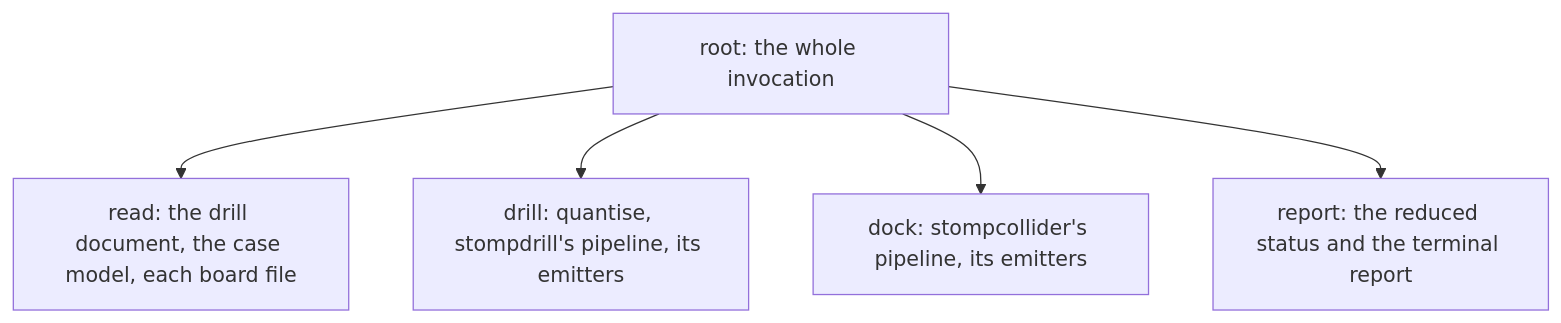
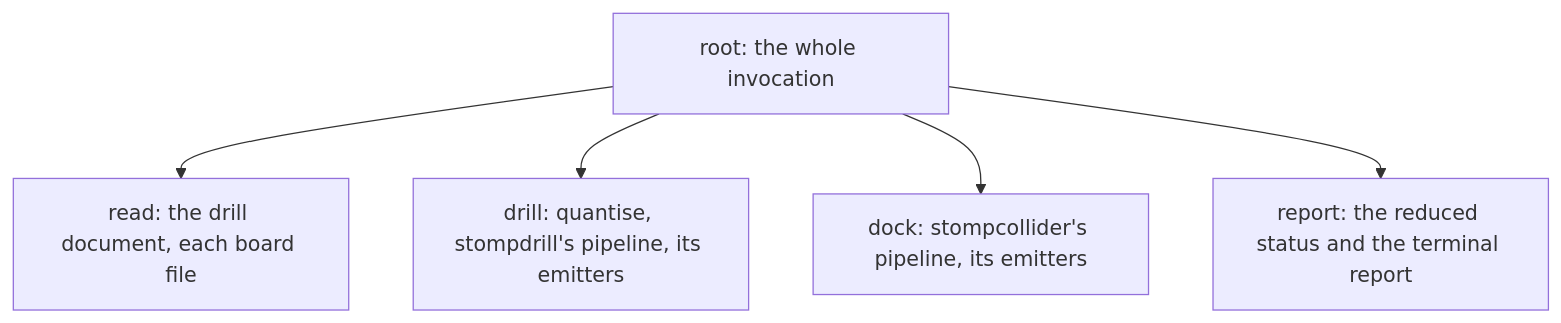
One commit to sheophe/stompcad changed the diagram in docs/adr/0012-progress-protocol-and-optional-kernel-capability.md. Above: the diagram before and after it, drawn with Mermaid. The commit also changed other lines of this file and 2 other files, not shown here.

First line of the commit message:
docs: the part comes from the artwork, and the model from a cache stompcad owns

````diff
--- a/docs/adr/0012-progress-protocol-and-optional-kernel-capability.md
+++ b/docs/adr/0012-progress-protocol-and-optional-kernel-capability.md
@@ -191,13 +199,13 @@
 ```mermaid
 flowchart TD
     root["root: the whole invocation"]
-    read["read: the drill document, the case model, each board file"]
+    read["read: the drill document, each board file"]
     drill["drill: quantise, stompdrill's pipeline, its emitters"]
     dock["dock: stompcollider's pipeline, its emitters"]
     report["report: the reduced status and the terminal report"]
 
     root --> read
     root --> drill
     root --> dock
     root --> report
 ```
````
